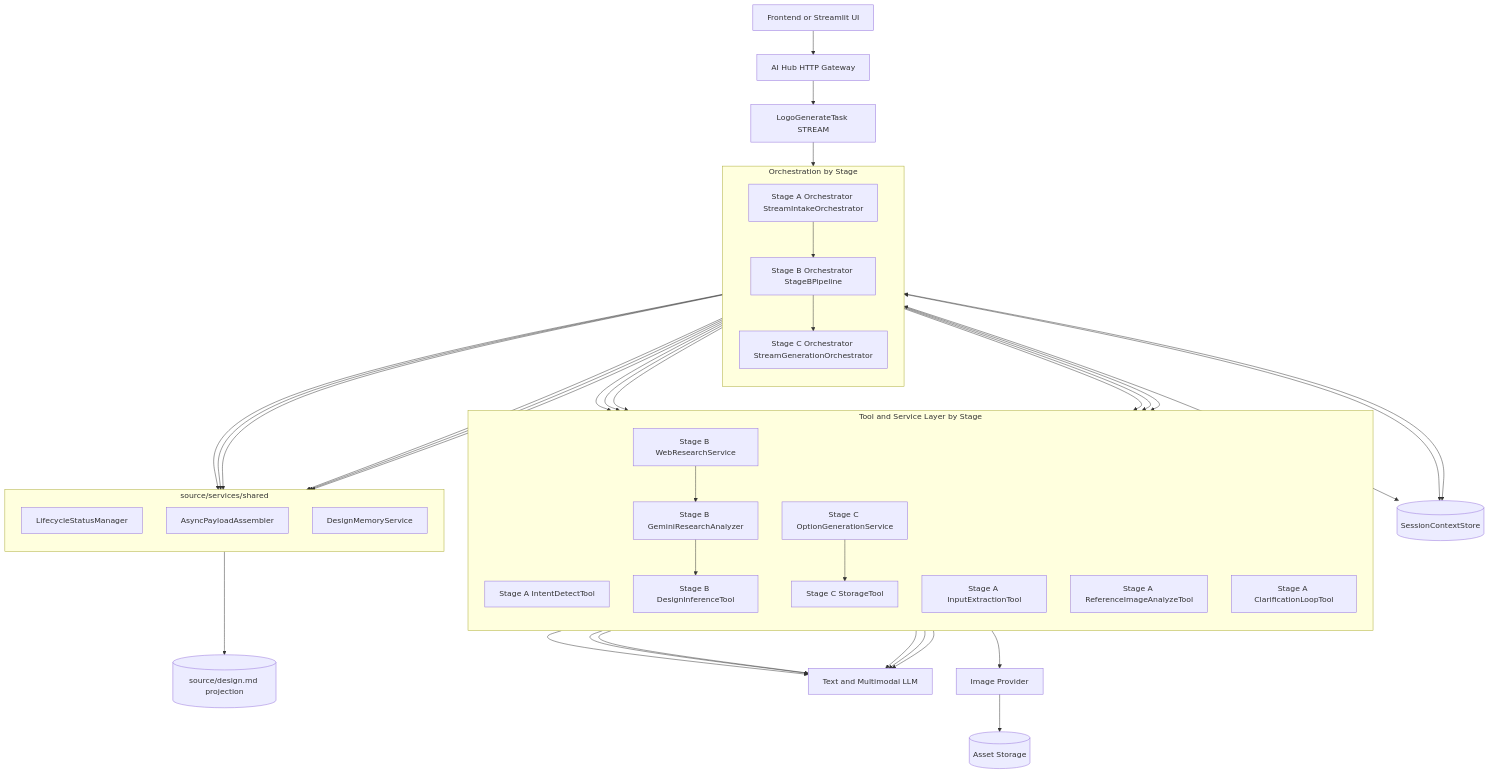
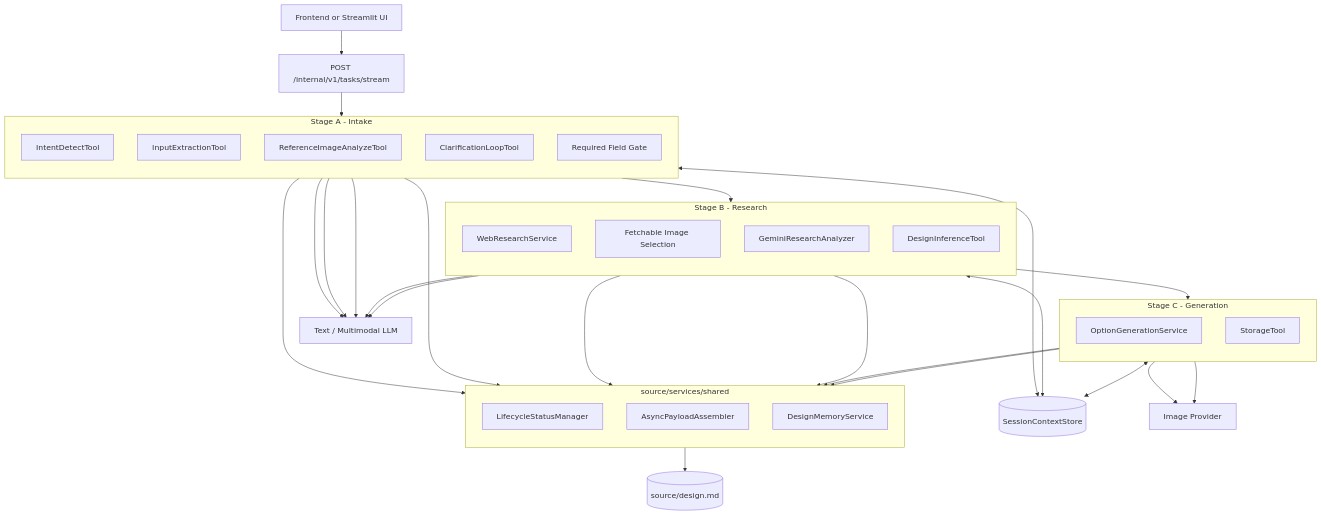
Before and after one commit to Ne4nf/Agent-Memory: the second of 3 diagrams in architecture.md, drawn with Mermaid. The commit also changed other lines of this file, not shown here.

````diff
--- a/architecture.md
+++ b/architecture.md
@@ -145,65 +145,60 @@
 ```mermaid
 graph TD
   FE[Frontend or Streamlit UI]
-  GW[AI Hub HTTP Gateway]
-  TASK[LogoGenerateTask STREAM]
+  TASK[POST /internal/v1/tasks/stream]
 
-  subgraph ORCH[Orchestration by Stage]
+  subgraph A[Stage A - Intake]
     direction TB
-    OA[Stage A Orchestrator StreamIntakeOrchestrator]
-    OB[Stage B Orchestrator StageBPipeline]
-    OC[Stage C Orchestrator StreamGenerationOrchestrator]
+    A1[IntentDetectTool]
+    A2[InputExtractionTool]
+    A3[ReferenceImageAnalyzeTool]
+    A4[ClarificationLoopTool]
+    A5[Required Field Gate]
   end
 
-  subgraph TOOLS[Tool and Service Layer by Stage]
+  subgraph B[Stage B - Research]
     direction TB
-    TA1[Stage A IntentDetectTool]
-    TA2[Stage A InputExtractionTool]
-    TA3[Stage A ReferenceImageAnalyzeTool]
-    TA4[Stage A ClarificationLoopTool]
-    TB1[Stage B WebResearchService]
-    TB2[Stage B GeminiResearchAnalyzer]
-    TB3[Stage B DesignInferenceTool]
-    TC1[Stage C OptionGenerationService]
-    TC2[Stage C StorageTool]
+    B1[WebResearchService]
+    B2[Fetchable Image Selection]
+    B3[GeminiResearchAnalyzer]
+    B4[DesignInferenceTool]
+  end
+
+  subgraph C[Stage C - Generation]
+    direction TB
+    C1[OptionGenerationService]
+    C2[StorageTool]
   end
 
   subgraph SHARED[source/services/shared]
     direction TB
-    SS1[LifecycleStatusManager]
-    SS2[AsyncPayloadAssembler]
-    SS3[DesignMemoryService]
+    S1[LifecycleStatusManager]
+    S2[AsyncPayloadAssembler]
+    S3[DesignMemoryService]
   end
 
   CTX[(SessionContextStore)]
-  DM[(source/design.md projection)]
-  LLM[Text and Multimodal LLM]
+  DM[(source/design.md)]
+  LLM[Text / Multimodal LLM]
   IMG[Image Provider]
-  STO[(Asset Storage)]
 
-  FE --> GW --> TASK --> OA --> OB --> OC
-  OA --> TA1
-  OA --> TA2
-  OA --> TA3
-  OA --> TA4
-  OB --> TB1 --> TB2 --> TB3
-  OC --> TC1 --> TC2 --> IMG --> STO
+  FE --> TASK --> A --> B --> C
+  A --> S1
+  B --> S1
+  C --> S1
+  C --> S2
+  A --> S3
+  B --> S3
+  S3 --> DM
 
-  OA --> SS1
-  OB --> SS1
-  OC --> SS1
-  OC --> SS2
-  OA --> SS3
-  OB --> SS3
-  SS3 --> DM
-
-  OA <--> CTX
-  OB <--> CTX
-  OC <--> CTX
-  TA1 --> LLM
-  TA2 --> LLM
-  TA3 --> LLM
-  TA4 --> LLM
-  TB2 --> LLM
-  TB3 --> LLM
+  A <--> CTX
+  B <--> CTX
+  C <--> CTX
+  A1 --> LLM
+  A2 --> LLM
+  A3 --> LLM
+  B3 --> LLM
+  B4 --> LLM
+  C1 --> IMG
+  C2 --> IMG
 ```
````
